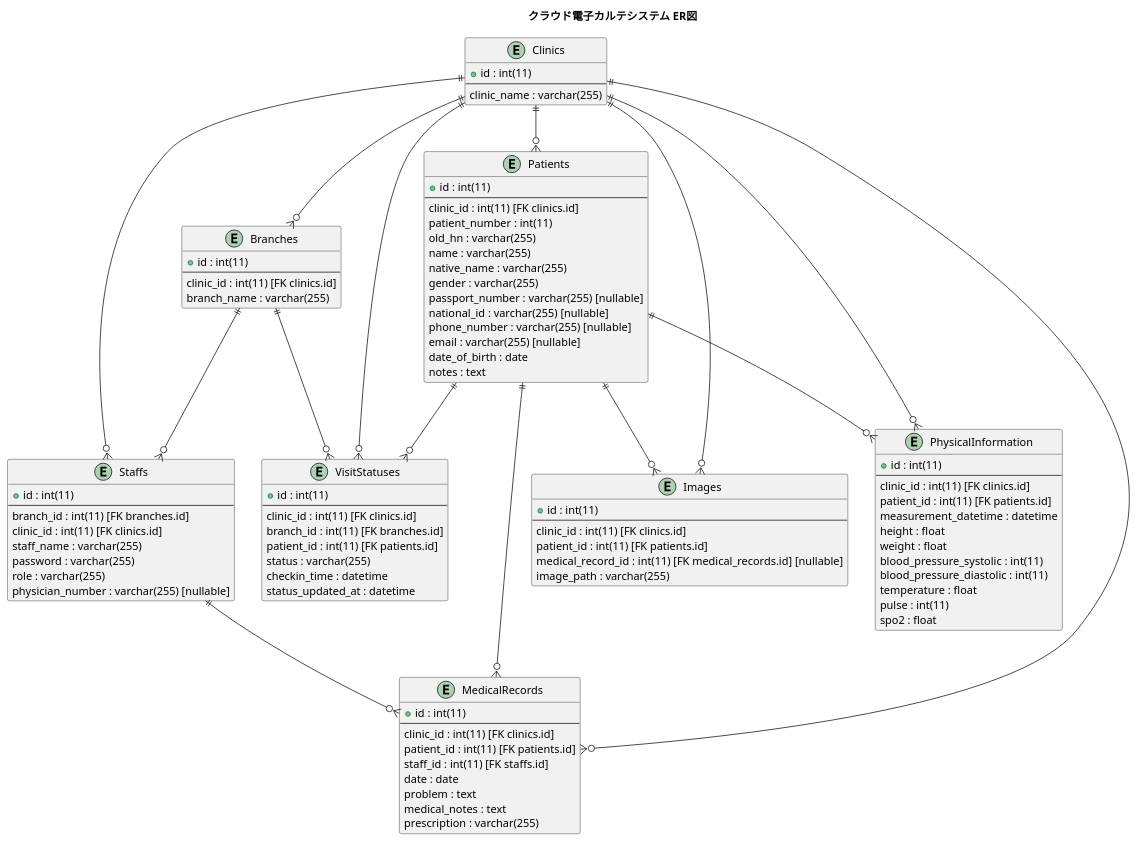
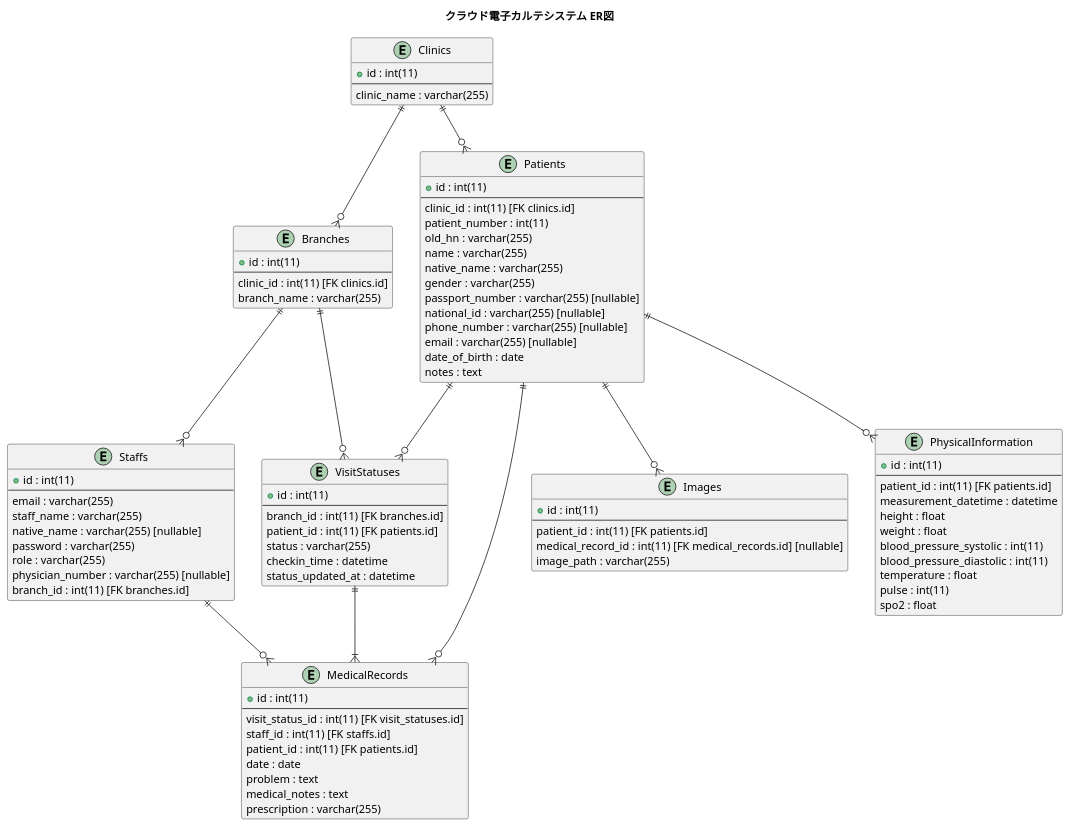
Before and after one commit to kaneconet/MDX: the diagram in documents/database.puml, drawn with PlantUML. The commit also changed 3 other files, not shown here.

Commit message:
Update the database and the architecture diagram

```diff
--- a/documents/database.puml
+++ b/documents/database.puml
@@ -1,107 +1,101 @@
 @startuml
 title クラウド電子カルテシステム ER図
 
 entity "Clinics" as clinics {
   + id : int(11)
   ---
   clinic_name : varchar(255)
 }
 
 entity "Branches" as branches {
   + id : int(11)
   ---
   clinic_id : int(11) [FK clinics.id]
   branch_name : varchar(255)
 }
 
 entity "Staffs" as staffs {
   + id : int(11)
   ---
-  branch_id : int(11) [FK branches.id]
-  clinic_id : int(11) [FK clinics.id]
+  email : varchar(255)
   staff_name : varchar(255)
+  native_name : varchar(255) [nullable]
   password : varchar(255)
   role : varchar(255)
   physician_number : varchar(255) [nullable]
+  branch_id : int(11) [FK branches.id]
 }
 
 entity "Patients" as patients {
   + id : int(11)
   ---
   clinic_id : int(11) [FK clinics.id]
   patient_number : int(11)
   old_hn : varchar(255)
   name : varchar(255)
   native_name : varchar(255)
   gender : varchar(255)
   passport_number : varchar(255) [nullable]
   national_id : varchar(255) [nullable]
   phone_number : varchar(255) [nullable]
   email : varchar(255) [nullable]
   date_of_birth : date
   notes : text
 }
 
 entity "MedicalRecords" as medical_records {
   + id : int(11)
   ---
-  clinic_id : int(11) [FK clinics.id]
+  visit_status_id : int(11) [FK visit_statuses.id]
+  staff_id : int(11) [FK staffs.id]
   patient_id : int(11) [FK patients.id]
-  staff_id : int(11) [FK staffs.id]
   date : date
   problem : text
   medical_notes : text
   prescription : varchar(255)
 }
 
 entity "Images" as images {
   + id : int(11)
   ---
-  clinic_id : int(11) [FK clinics.id]
   patient_id : int(11) [FK patients.id]
   medical_record_id : int(11) [FK medical_records.id] [nullable]
   image_path : varchar(255)
 }
 
 entity "PhysicalInformation" as physical_information {
   + id : int(11)
   ---
-  clinic_id : int(11) [FK clinics.id]
   patient_id : int(11) [FK patients.id]
   measurement_datetime : datetime
   height : float
   weight : float
   blood_pressure_systolic : int(11)
   blood_pressure_diastolic : int(11)
   temperature : float
   pulse : int(11)
   spo2 : float
 }
 
 entity "VisitStatuses" as visit_statuses {
   + id : int(11)
   ---
-  clinic_id : int(11) [FK clinics.id]
   branch_id : int(11) [FK branches.id]
   patient_id : int(11) [FK patients.id]
   status : varchar(255)
   checkin_time : datetime
   status_updated_at : datetime
 }
 
 clinics ||--o{ branches
-clinics ||--o{ staffs
 clinics ||--o{ patients
-clinics ||--o{ medical_records
-clinics ||--o{ images
-clinics ||--o{ physical_information
-clinics ||--o{ visit_statuses
+branches ||--o{ visit_statuses
 branches ||--o{ staffs
-branches ||--o{ visit_statuses
+staffs ||--o{ medical_records
+visit_statuses ||--|{ medical_records
 patients ||--o{ medical_records
 patients ||--o{ images
 patients ||--o{ physical_information
 patients ||--o{ visit_statuses
-staffs ||--o{ medical_records
 
 @enduml
```
